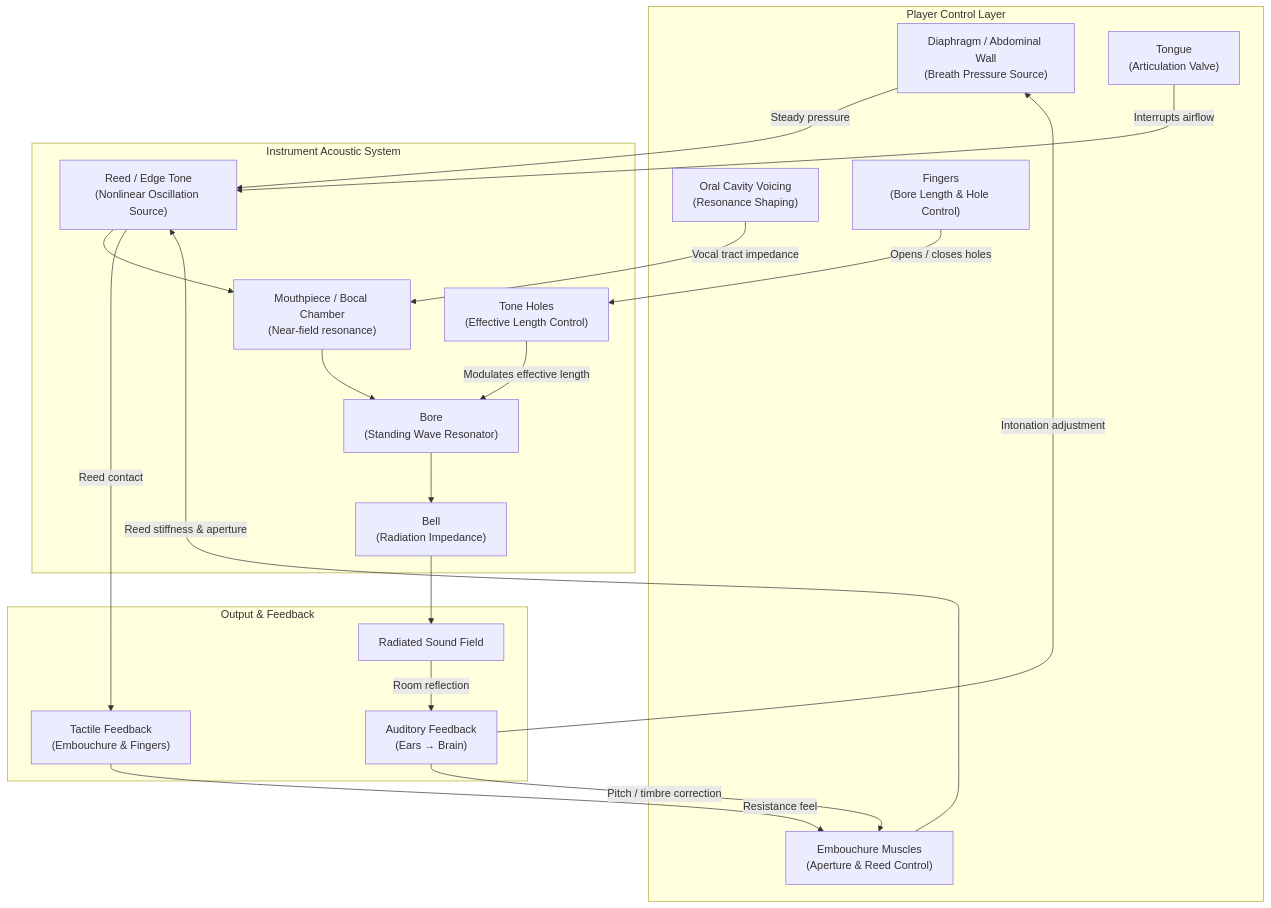
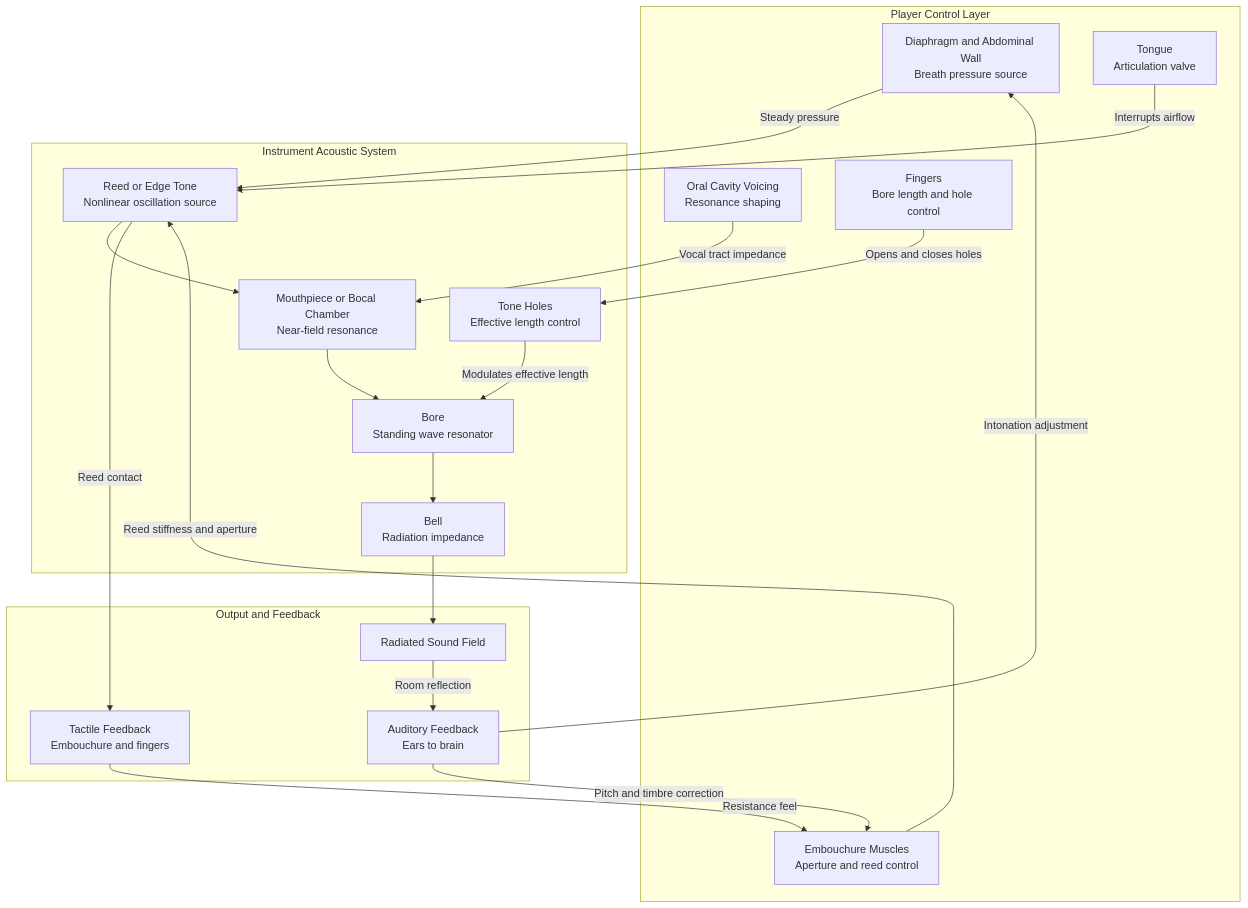
Before and after one commit to blebleblee/synapse: the third of 3 diagrams in topics/arts/music_performance/woodwinds/labs.md, drawn with Mermaid. The commit also changed other lines of this file and 4 other files, not shown here.

````diff
--- a/topics/arts/music_performance/woodwinds/labs.md
+++ b/topics/arts/music_performance/woodwinds/labs.md
@@ -842,38 +774,38 @@
 ```mermaid
 graph TD
     subgraph sub_player ["Player Control Layer"]
-        P1["Diaphragm / Abdominal Wall<br/>(Breath Pressure Source)"]
-        P2["Embouchure Muscles<br/>(Aperture & Reed Control)"]
-        P3["Oral Cavity Voicing<br/>(Resonance Shaping)"]
-        P4["Fingers<br/>(Bore Length & Hole Control)"]
-        P5["Tongue<br/>(Articulation Valve)"]
+        P1["Diaphragm and Abdominal Wall<br/>Breath pressure source"]
+        P2["Embouchure Muscles<br/>Aperture and reed control"]
+        P3["Oral Cavity Voicing<br/>Resonance shaping"]
+        P4["Fingers<br/>Bore length and hole control"]
+        P5["Tongue<br/>Articulation valve"]
     end
 
     subgraph sub_instrument ["Instrument Acoustic System"]
-        I1["Reed / Edge Tone<br/>(Nonlinear Oscillation Source)"]
-        I2["Mouthpiece / Bocal Chamber<br/>(Near-field resonance)"]
-        I3["Bore<br/>(Standing Wave Resonator)"]
-        I4["Tone Holes<br/>(Effective Length Control)"]
-        I5["Bell<br/>(Radiation Impedance)"]
+        I1["Reed or Edge Tone<br/>Nonlinear oscillation source"]
+        I2["Mouthpiece or Bocal Chamber<br/>Near-field resonance"]
+        I3["Bore<br/>Standing wave resonator"]
+        I4["Tone Holes<br/>Effective length control"]
+        I5["Bell<br/>Radiation impedance"]
     end
 
-    subgraph sub_output ["Output & Feedback"]
+    subgraph sub_output ["Output and Feedback"]
         O1["Radiated Sound Field"]
-        O2["Auditory Feedback<br/>(Ears → Brain)"]
-        O3["Tactile Feedback<br/>(Embouchure & Fingers)"]
+        O2["Auditory Feedback<br/>Ears to brain"]
+        O3["Tactile Feedback<br/>Embouchure and fingers"]
     end
 
     P1 -->|"Steady pressure"| I1
-    P2 -->|"Reed stiffness & aperture"| I1
+    P2 -->|"Reed stiffness and aperture"| I1
     P3 -->|"Vocal tract impedance"| I2
     P5 -->|"Interrupts airflow"| I1
     I1 --> I2 --> I3
-    P4 -->|"Opens / closes holes"| I4
+    P4 -->|"Opens and closes holes"| I4
     I4 -->|"Modulates effective length"| I3
     I3 --> I5 --> O1
     O1 -->|"Room reflection"| O2
     I1 -->|"Reed contact"| O3
-    O2 -->|"Pitch / timbre correction"| P2
+    O2 -->|"Pitch and timbre correction"| P2
     O2 -->|"Intonation adjustment"| P1
     O3 -->|"Resistance feel"| P2
 ```
````
